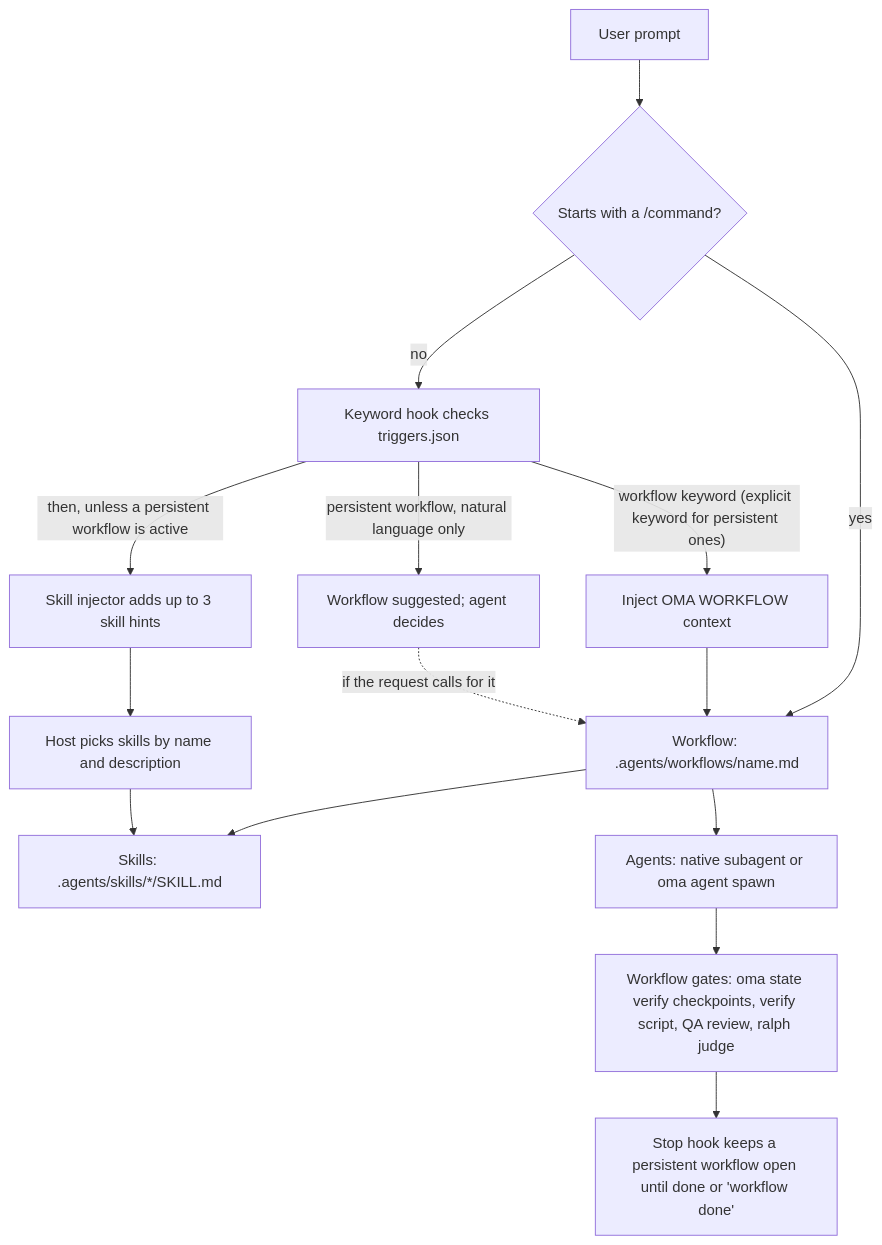
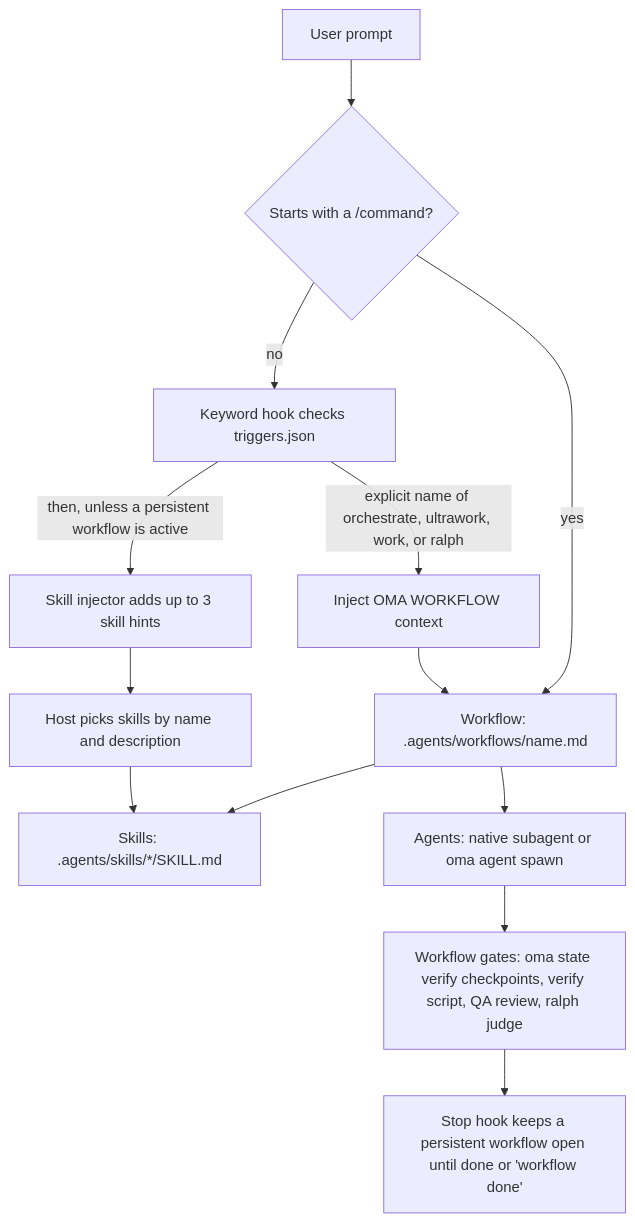
The diagram in web/docs/getting-started/introduction.md (first-fluke/oh-my-agent), drawn with Mermaid before and after one commit. The commit also changed other lines of this file and 32 other files, not shown here.

First line of the commit message:
feat(hooks): route persistent workflows by explicit name only

````diff
--- a/web/docs/getting-started/introduction.md
+++ b/web/docs/getting-started/introduction.md
@@ -210,17 +210,15 @@
 ```mermaid
 flowchart TD
   P["User prompt"] --> SL{"Starts with a /command?"}
   SL -->|yes| WF["Workflow: .agents/workflows/name.md"]
   SL -->|no| KD["Keyword hook checks triggers.json"]
-  KD -->|"workflow keyword (explicit keyword for persistent ones)"| CTX["Inject OMA WORKFLOW context"]
+  KD -->|"explicit name of orchestrate, ultrawork, work, or ralph"| CTX["Inject OMA WORKFLOW context"]
   CTX --> WF
-  KD -->|"persistent workflow, natural language only"| SUG["Workflow suggested; agent decides"]
-  SUG -.->|"if the request calls for it"| WF
   KD -->|"then, unless a persistent workflow is active"| SI["Skill injector adds up to 3 skill hints"]
   SI --> HOST["Host picks skills by name and description"]
   WF --> SK["Skills: .agents/skills/*/SKILL.md"]
   HOST --> SK
   WF --> AG["Agents: native subagent or oma agent spawn"]
   AG --> GATE["Workflow gates: oma state verify checkpoints, verify script, QA review, ralph judge"]
   GATE --> STOP["Stop hook keeps a persistent workflow open until done or 'workflow done'"]
 ```
````
